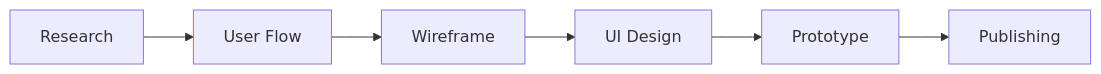
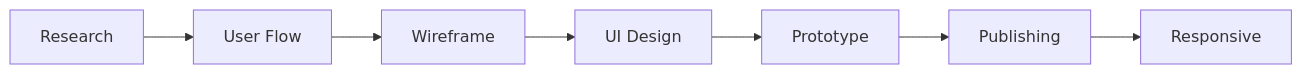
The diagram in README.md (appleking7523-source/appleking7523-source), drawn with Mermaid before and after one commit. The commit also changed other lines of this file, not shown here.

````diff
--- a/README.md
+++ b/README.md
@@ -23,11 +28,12 @@
 ```mermaid
 flowchart LR
 
     A[Research]
     --> B[User Flow]
     --> C[Wireframe]
     --> D[UI Design]
     --> E[Prototype]
     --> F[Publishing]
+    --> G[Responsive]
 
 ```
````
